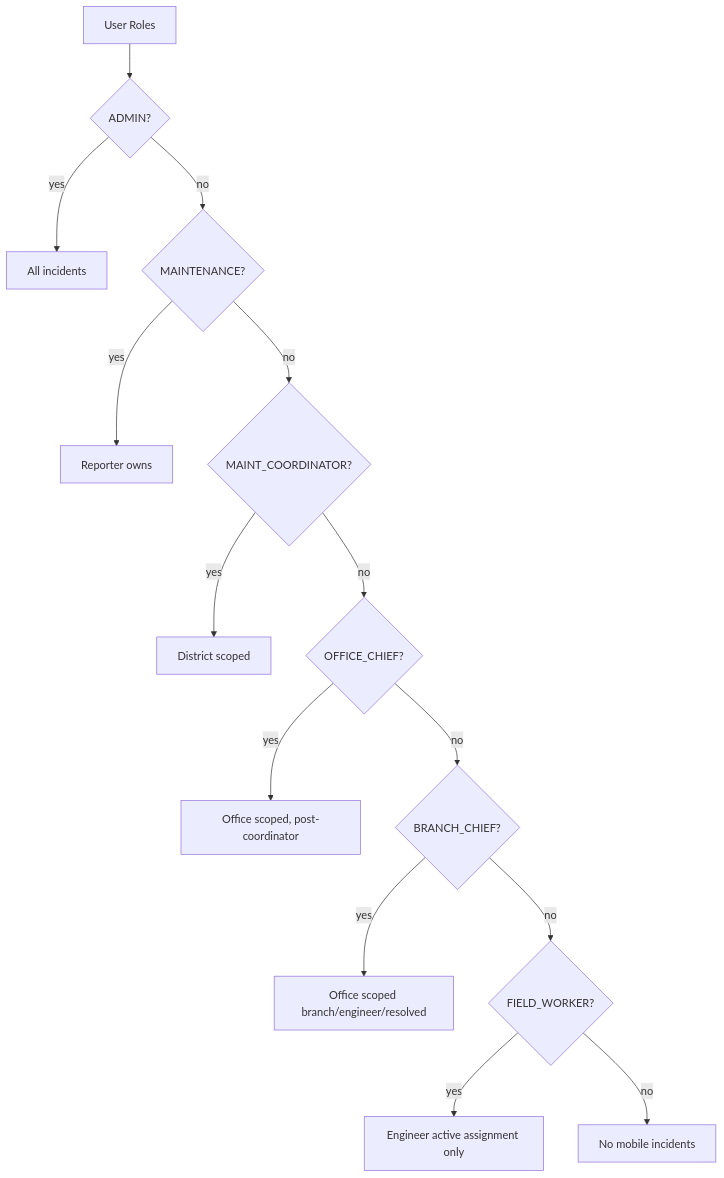
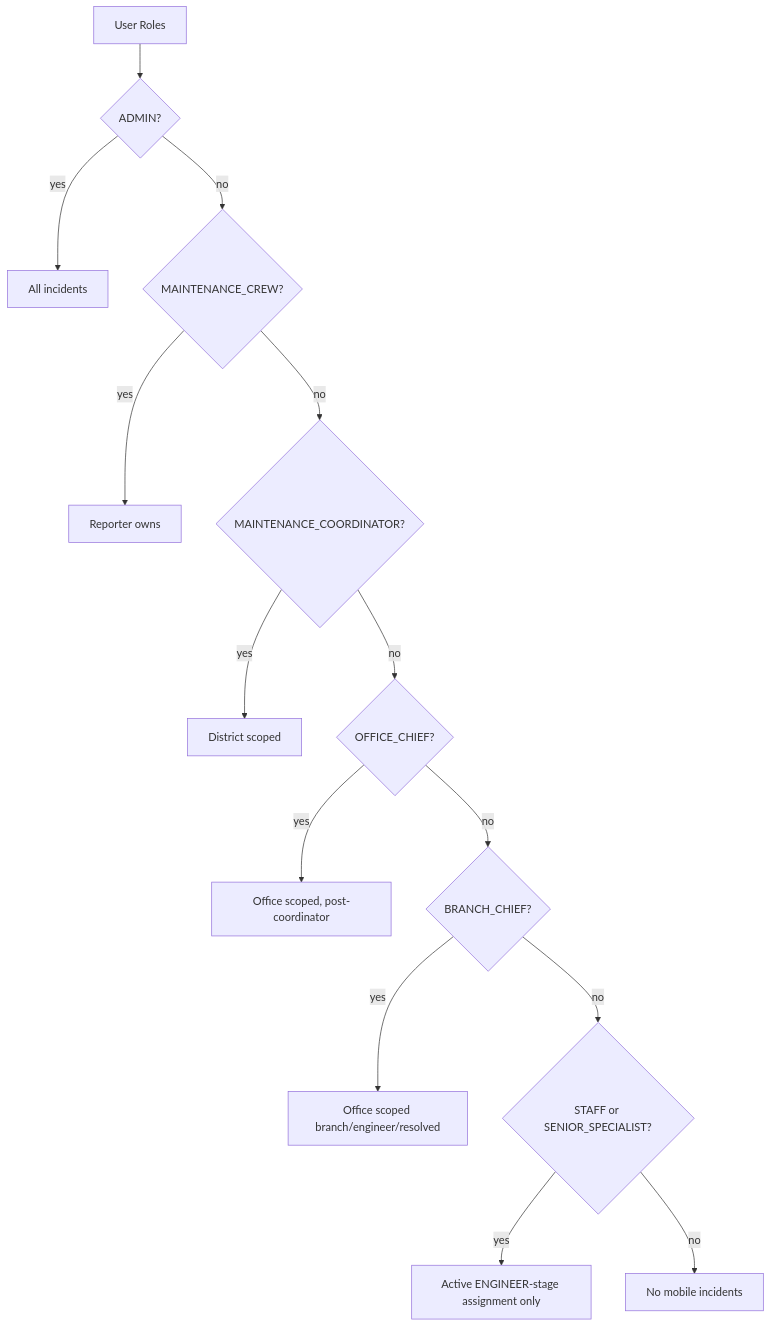
The fifth of 5 diagrams in docs/DIAGRAMS.md (Alexeitor292/ERIS_REACT_native), drawn with Mermaid before and after one commit. The commit also changed 94 other files, not shown here.

````diff
--- a/docs/DIAGRAMS.md
+++ b/docs/DIAGRAMS.md
@@ -64,16 +64,16 @@
 ```mermaid
 flowchart TD
   R[User Roles] --> A{ADMIN?}
   A -- yes --> ALL[All incidents]
-  A -- no --> B{MAINTENANCE?}
+  A -- no --> B{MAINTENANCE_CREW?}
   B -- yes --> OWN[Reporter owns]
-  B -- no --> C{MAINT_COORDINATOR?}
+  B -- no --> C{MAINTENANCE_COORDINATOR?}
   C -- yes --> DIST[District scoped]
   C -- no --> D{OFFICE_CHIEF?}
   D -- yes --> OFF[Office scoped, post-coordinator]
   D -- no --> E{BRANCH_CHIEF?}
   E -- yes --> BR[Office scoped branch/engineer/resolved]
-  E -- no --> F{FIELD_WORKER?}
-  F -- yes --> ENG[Engineer active assignment only]
+  E -- no --> F{STAFF or SENIOR_SPECIALIST?}
+  F -- yes --> ENG[Active ENGINEER-stage assignment only]
   F -- no --> NONE[No mobile incidents]
 ```
````
